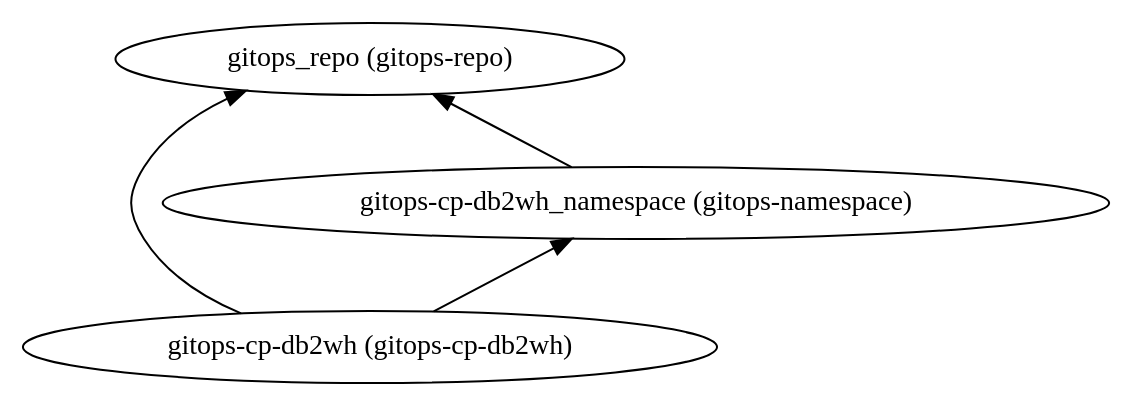
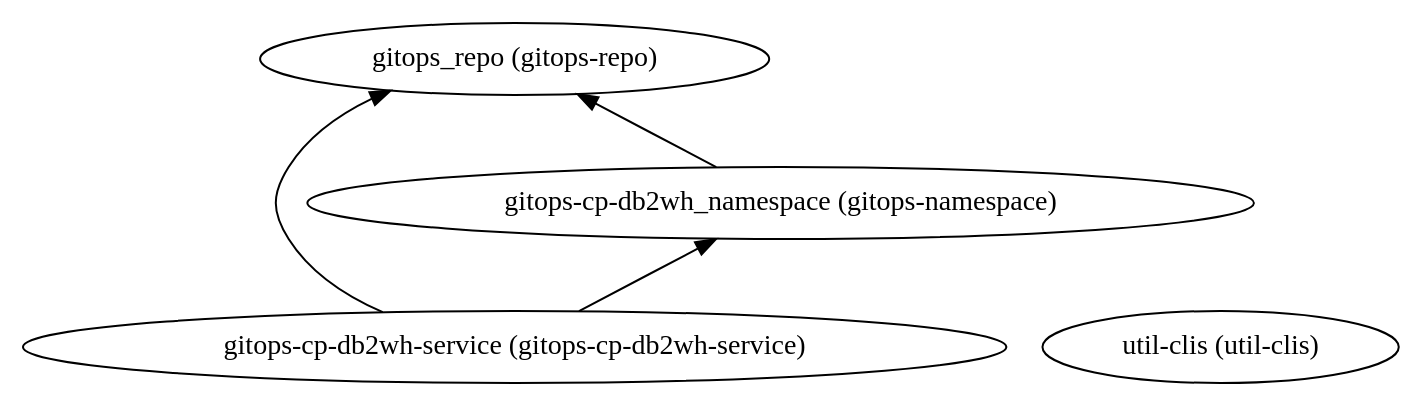
One commit to IBM/automation-data-foundation changed the diagram in 315-cloud-pak-for-data-db2wh/dependencies.dot. Above: the diagram before and after it, drawn with Graphviz. The commit also changed 103 other files, not shown here.

```diff
--- a/315-cloud-pak-for-data-db2wh/dependencies.dot
+++ b/315-cloud-pak-for-data-db2wh/dependencies.dot
@@ -1,9 +1,10 @@
 digraph {
     rankdir="BT"
-    "gitops-cp-db2wh (gitops-cp-db2wh)" -> "gitops_repo (gitops-repo)"
-"gitops-cp-db2wh (gitops-cp-db2wh)" -> "gitops-cp-db2wh_namespace (gitops-namespace)"
-"gitops-cp-db2wh (gitops-cp-db2wh)"
+    "gitops-cp-db2wh-service (gitops-cp-db2wh-service)" -> "gitops_repo (gitops-repo)"
+"gitops-cp-db2wh-service (gitops-cp-db2wh-service)" -> "gitops-cp-db2wh_namespace (gitops-namespace)"
+"gitops-cp-db2wh-service (gitops-cp-db2wh-service)"
 "gitops_repo (gitops-repo)"
 "gitops-cp-db2wh_namespace (gitops-namespace)" -> "gitops_repo (gitops-repo)"
 "gitops-cp-db2wh_namespace (gitops-namespace)"
+"util-clis (util-clis)"
   }
```
